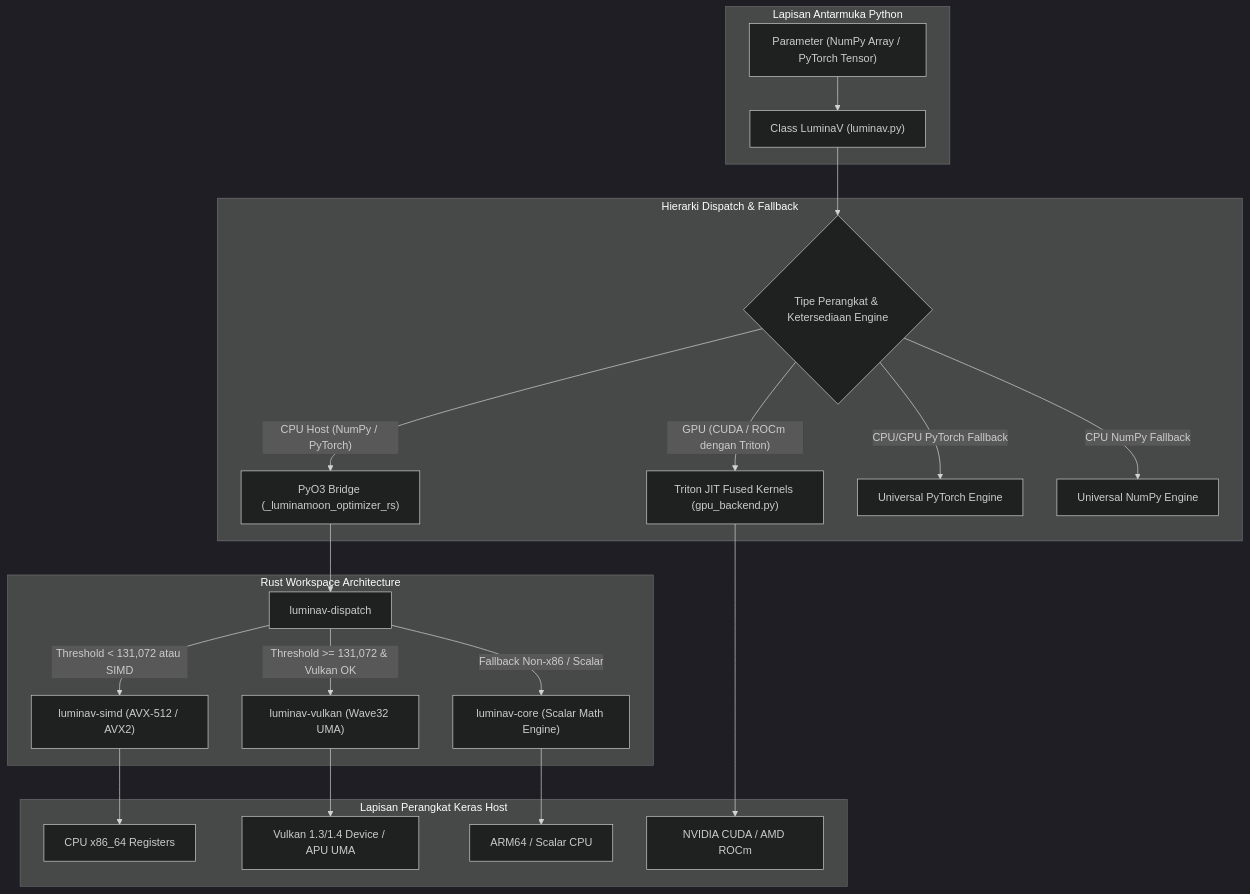
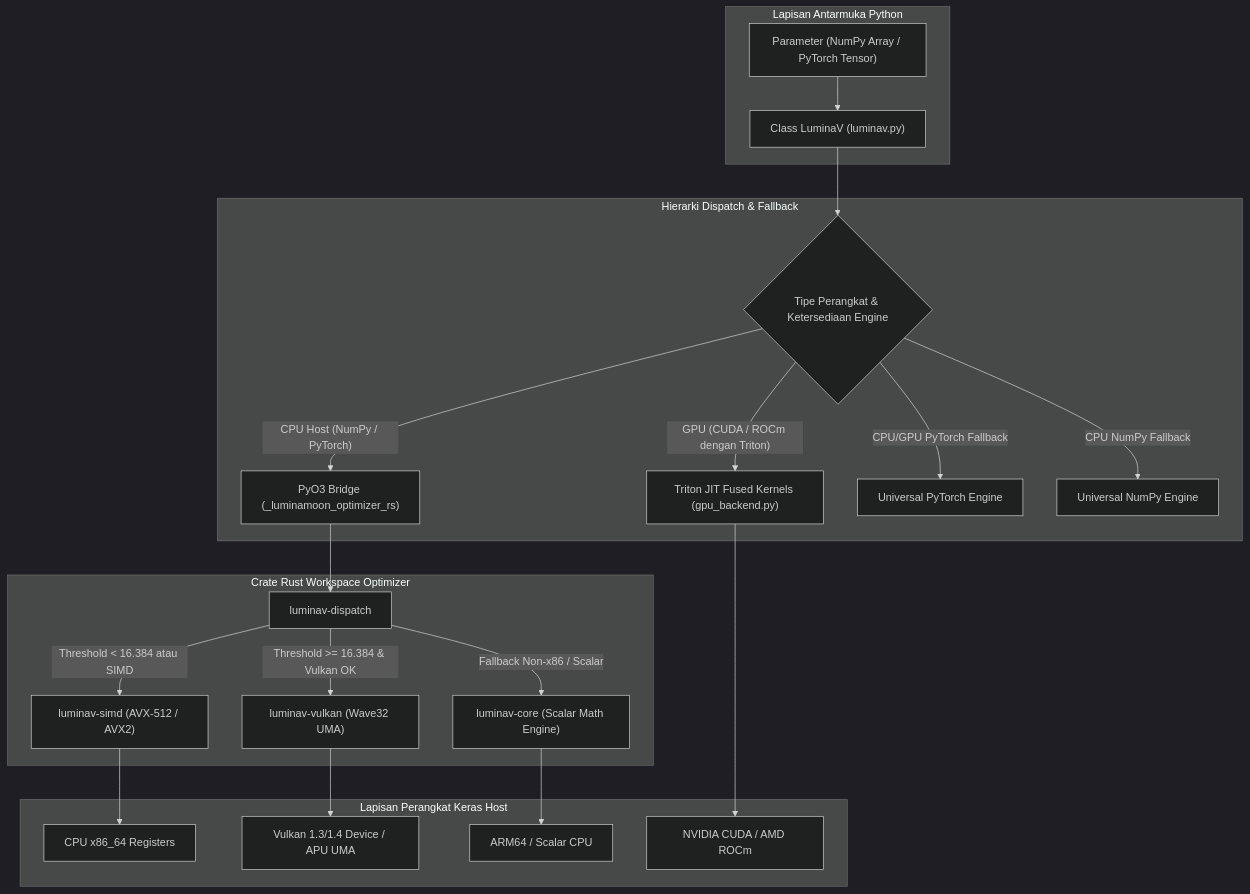
The first of 2 diagrams in docs/id/04_architecture_and_hardware.md (cloverx-id/luminamoon), drawn with Mermaid (dark theme) before and after one commit. The commit also changed other lines of this file and 41 other files, not shown here.

Commit message:
docs: update monorepo architecture and bilingual guides

````diff
--- a/docs/id/04_architecture_and_hardware.md
+++ b/docs/id/04_architecture_and_hardware.md
@@ -7,31 +9,31 @@
 ```mermaid
-graph TD
+flowchart TD
     subgraph PythonLayer["Lapisan Antarmuka Python"]
         InputParams["Parameter (NumPy Array / PyTorch Tensor)"]
         LuminaVClass["Class LuminaV (luminav.py)"]
         InputParams --> LuminaVClass
     end
 
     subgraph DispatchHierarchy["Hierarki Dispatch & Fallback"]
         LuminaVClass --> Decision{"Tipe Perangkat & Ketersediaan Engine"}
         
         Decision -->|"CPU Host (NumPy / PyTorch)"| NativeFFI["PyO3 Bridge (_luminamoon_optimizer_rs)"]
         Decision -->|"GPU (CUDA / ROCm dengan Triton)"| TritonEngine["Triton JIT Fused Kernels (gpu_backend.py)"]
         Decision -->|"CPU/GPU PyTorch Fallback"| TorchFallback["Universal PyTorch Engine"]
         Decision -->|"CPU NumPy Fallback"| NumpyFallback["Universal NumPy Engine"]
     end
 
-    subgraph RustWorkspace["Rust Workspace Architecture"]
+    subgraph RustWorkspace["Crate Rust Workspace Optimizer"]
         NativeFFI --> DispatchCrate["luminav-dispatch"]
-        DispatchCrate -->|"Threshold < 131,072 atau SIMD"| SimdCrate["luminav-simd (AVX-512 / AVX2)"]
-        DispatchCrate -->|"Threshold >= 131,072 & Vulkan OK"| VulkanCrate["luminav-vulkan (Wave32 UMA)"]
+        DispatchCrate -->|"Threshold < 16.384 atau SIMD"| SimdCrate["luminav-simd (AVX-512 / AVX2)"]
+        DispatchCrate -->|"Threshold >= 16.384 & Vulkan OK"| VulkanCrate["luminav-vulkan (Wave32 UMA)"]
         DispatchCrate -->|"Fallback Non-x86 / Scalar"| CoreCrate["luminav-core (Scalar Math Engine)"]
     end
 
     subgraph HardwareLayer["Lapisan Perangkat Keras Host"]
         SimdCrate --> CPUCore["CPU x86_64 Registers"]
         VulkanCrate --> VulkanDevice["Vulkan 1.3/1.4 Device / APU UMA"]
         CoreCrate --> ARMCPU["ARM64 / Scalar CPU"]
         TritonEngine --> DedicatedGPU["NVIDIA CUDA / AMD ROCm"]
     end
 ```
````
